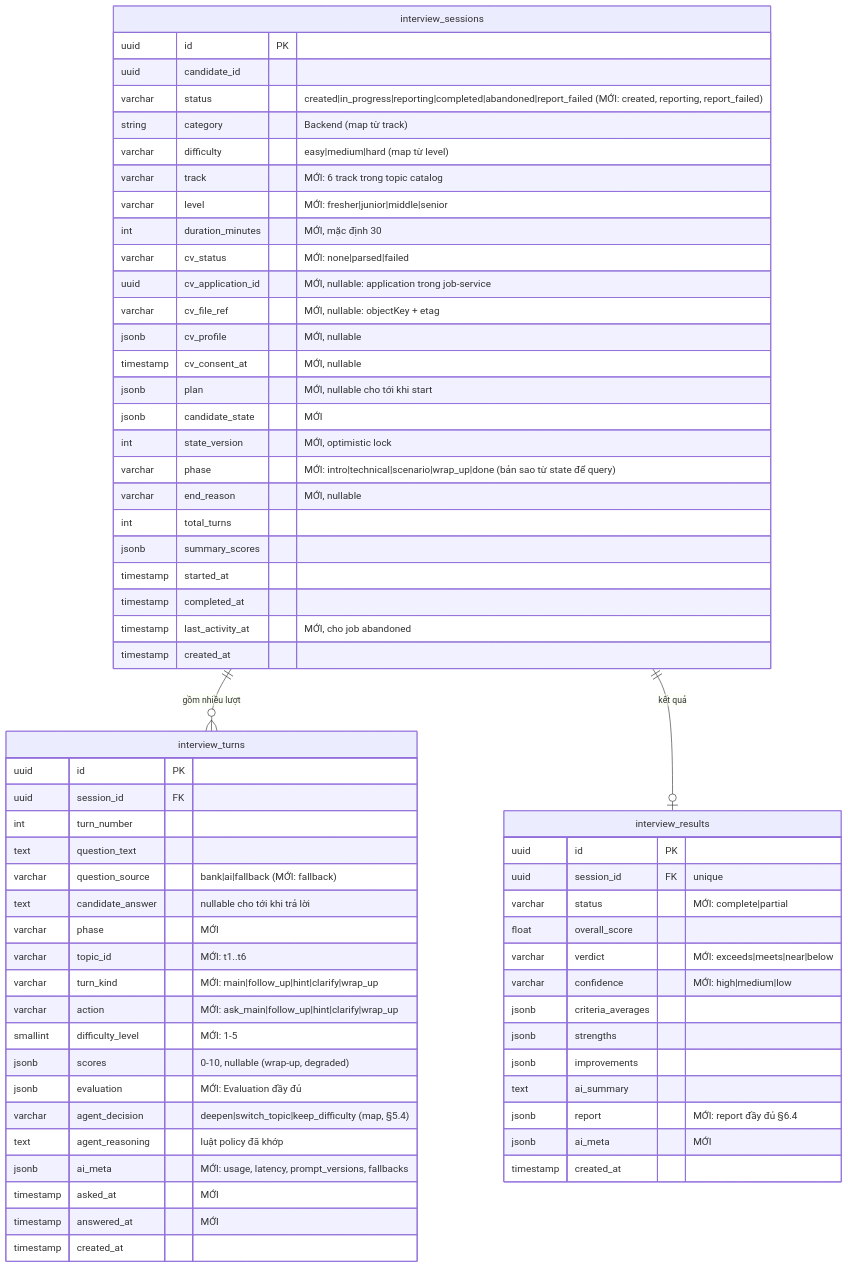
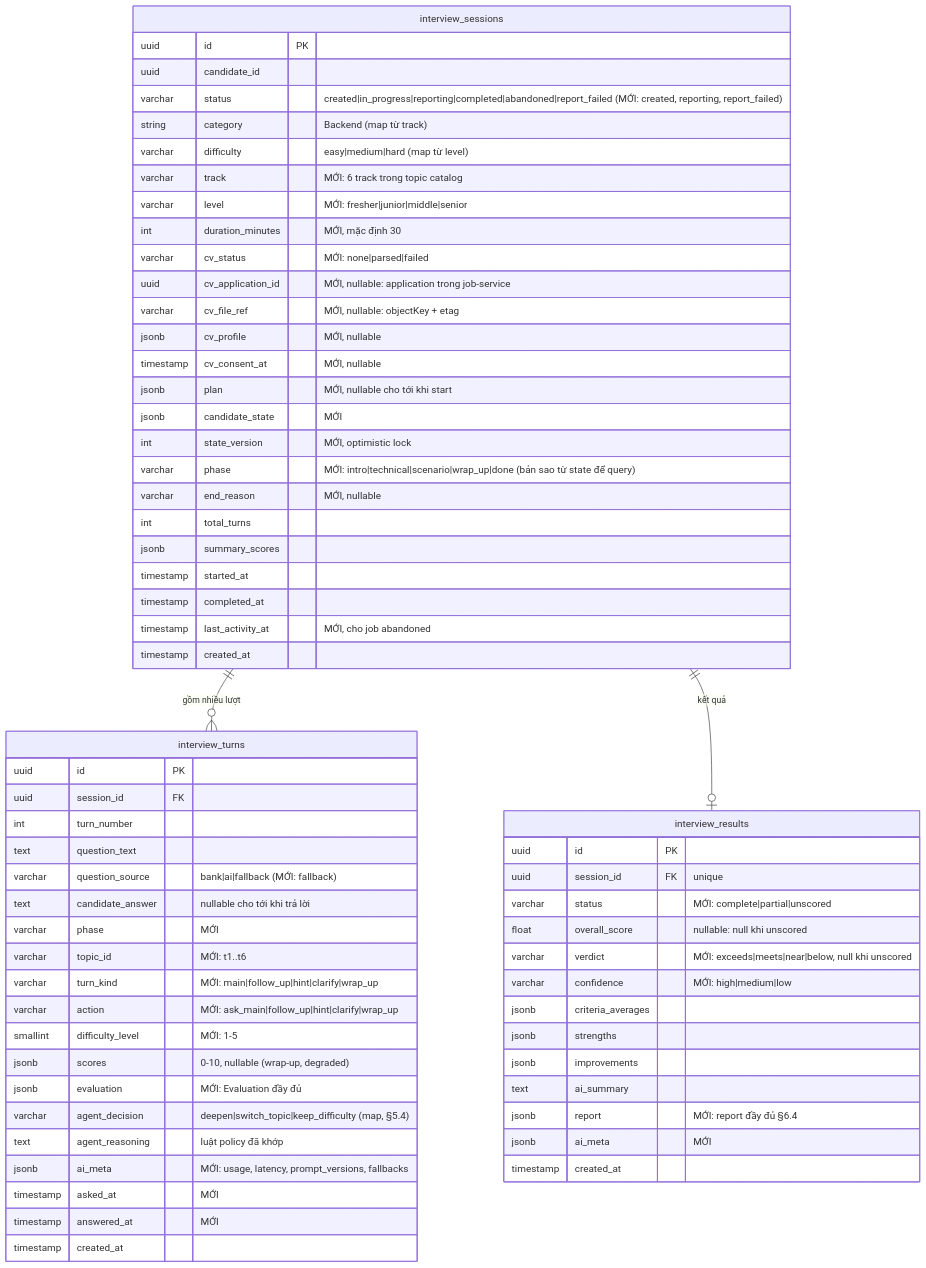
Before and after one commit to minhtuann1102/ai-recruitment-platform: the diagram in docs/ai-service/07-data-storage.md, drawn with Mermaid. The commit also changed 25 other files, not shown here.

First line of the commit message:
fix(ai-service): report AI flow failures instead of hiding them

````diff
--- a/docs/ai-service/07-data-storage.md
+++ b/docs/ai-service/07-data-storage.md
@@ -30,70 +30,70 @@
 ```mermaid
 erDiagram
     interview_sessions {
         uuid id PK
         uuid candidate_id
         varchar status "created|in_progress|reporting|completed|abandoned|report_failed (MỚI: created, reporting, report_failed)"
         string category "Backend (map từ track)"
         varchar difficulty "easy|medium|hard (map từ level)"
         varchar track "MỚI: 6 track trong topic catalog"
         varchar level "MỚI: fresher|junior|middle|senior"
         int duration_minutes "MỚI, mặc định 30"
         varchar cv_status "MỚI: none|parsed|failed"
         uuid cv_application_id "MỚI, nullable: application trong job-service"
         varchar cv_file_ref "MỚI, nullable: objectKey + etag"
         jsonb cv_profile "MỚI, nullable"
         timestamp cv_consent_at "MỚI, nullable"
         jsonb plan "MỚI, nullable cho tới khi start"
         jsonb candidate_state "MỚI"
         int state_version "MỚI, optimistic lock"
         varchar phase "MỚI: intro|technical|scenario|wrap_up|done (bản sao từ state để query)"
         varchar end_reason "MỚI, nullable"
         int total_turns
         jsonb summary_scores
         timestamp started_at
         timestamp completed_at
         timestamp last_activity_at "MỚI, cho job abandoned"
         timestamp created_at
     }
 
     interview_turns {
         uuid id PK
         uuid session_id FK
         int turn_number
         text question_text
         varchar question_source "bank|ai|fallback (MỚI: fallback)"
         text candidate_answer "nullable cho tới khi trả lời"
         varchar phase "MỚI"
         varchar topic_id "MỚI: t1..t6"
         varchar turn_kind "MỚI: main|follow_up|hint|clarify|wrap_up"
         varchar action "MỚI: ask_main|follow_up|hint|clarify|wrap_up"
         smallint difficulty_level "MỚI: 1-5"
         jsonb scores "0-10, nullable (wrap-up, degraded)"
         jsonb evaluation "MỚI: Evaluation đầy đủ"
         varchar agent_decision "deepen|switch_topic|keep_difficulty (map, §5.4)"
         text agent_reasoning "luật policy đã khớp"
         jsonb ai_meta "MỚI: usage, latency, prompt_versions, fallbacks"
         timestamp asked_at "MỚI"
         timestamp answered_at "MỚI"
         timestamp created_at
     }
 
     interview_results {
         uuid id PK
         uuid session_id FK "unique"
-        varchar status "MỚI: complete|partial"
-        float overall_score
-        varchar verdict "MỚI: exceeds|meets|near|below"
+        varchar status "MỚI: complete|partial|unscored"
+        float overall_score "nullable: null khi unscored"
+        varchar verdict "MỚI: exceeds|meets|near|below, null khi unscored"
         varchar confidence "MỚI: high|medium|low"
         jsonb criteria_averages
         jsonb strengths
         jsonb improvements
         text ai_summary
         jsonb report "MỚI: report đầy đủ §6.4"
         jsonb ai_meta "MỚI"
         timestamp created_at
     }
 
     interview_sessions ||--o{ interview_turns : "gồm nhiều lượt"
     interview_sessions ||--o| interview_results : "kết quả"
 ```
````
